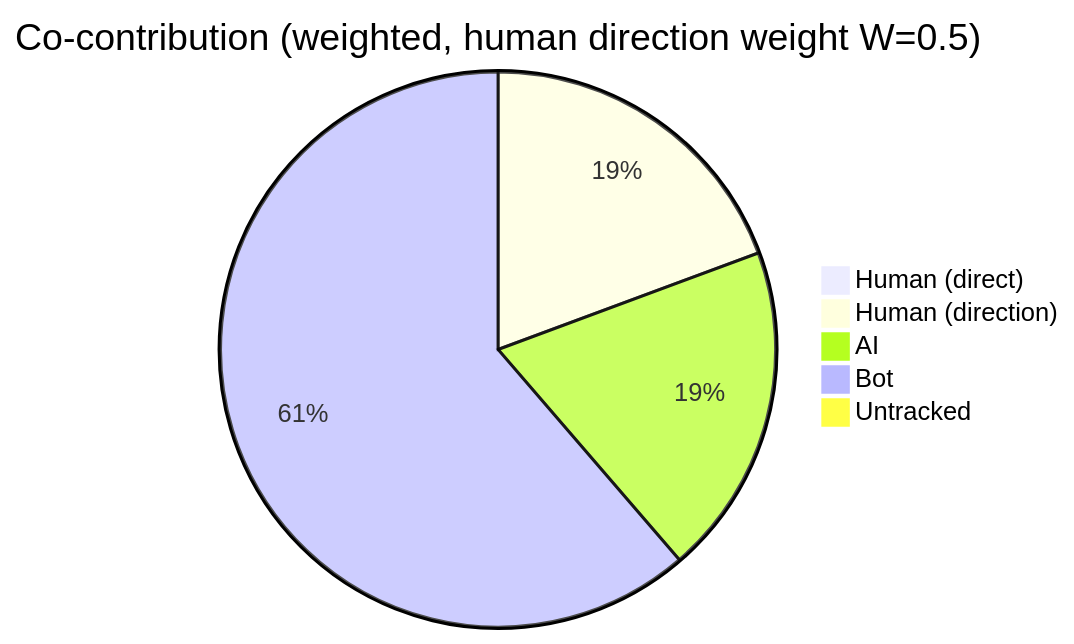
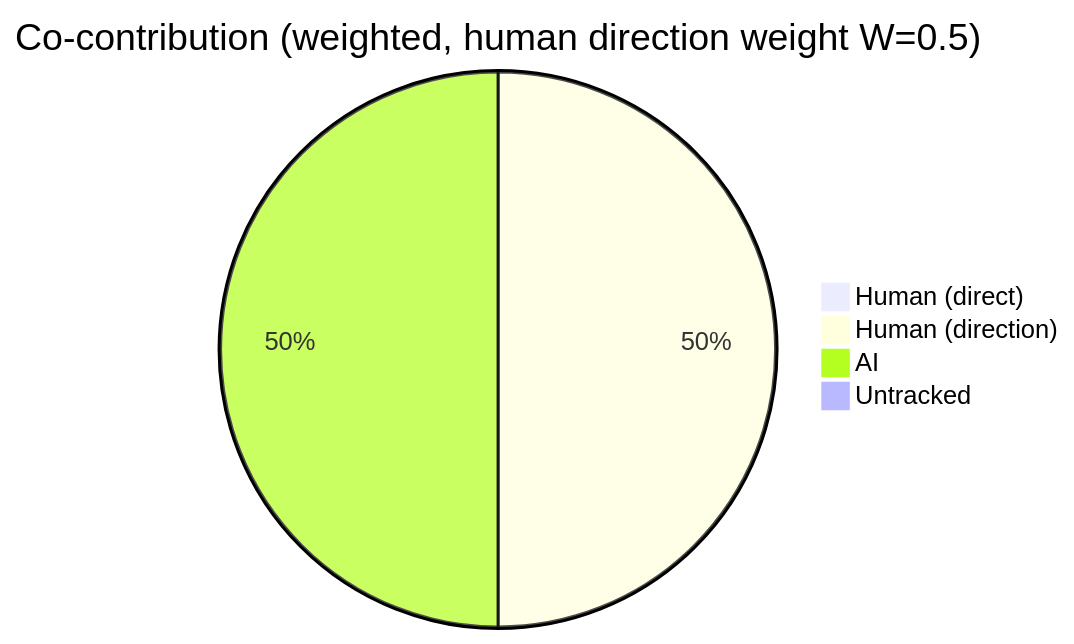
One commit to CaliMark/ai-authorship changed the first of 4 diagrams in AI-AUTHORSHIP.md. Above: the diagram before and after it, drawn with Mermaid. The commit also changed other lines of this file and 1 other file, not shown here.

````diff
--- a/AI-AUTHORSHIP.md
+++ b/AI-AUTHORSHIP.md
@@ -23,8 +23,7 @@
 ```mermaid
 pie title Co-contribution (weighted, human direction weight W=0.5)
     "Human (direct)" : 0
-    "Human (direction)" : 896
-    "AI" : 895
-    "Bot" : 2840
+    "Human (direction)" : 806
+    "AI" : 806
     "Untracked" : 0
 ```
````
